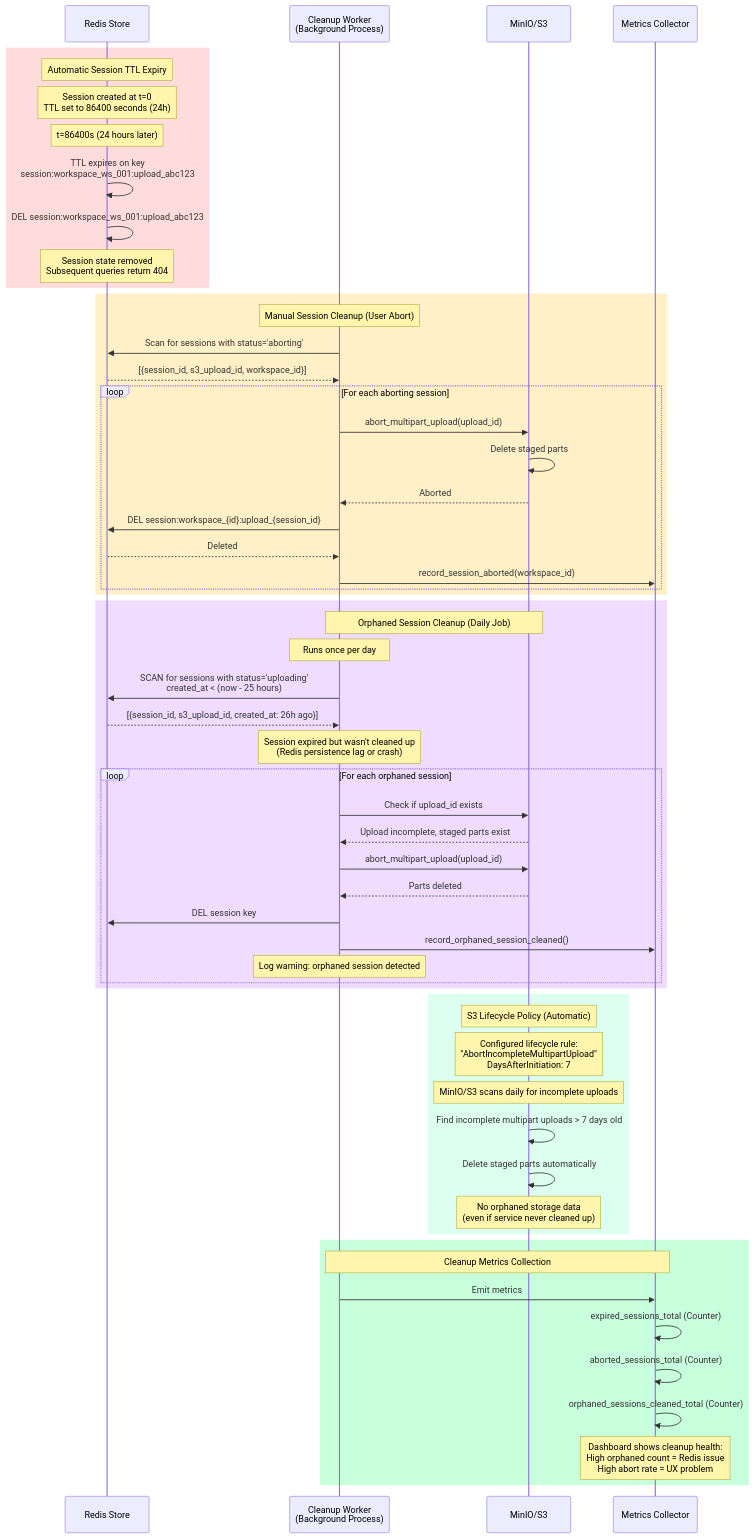
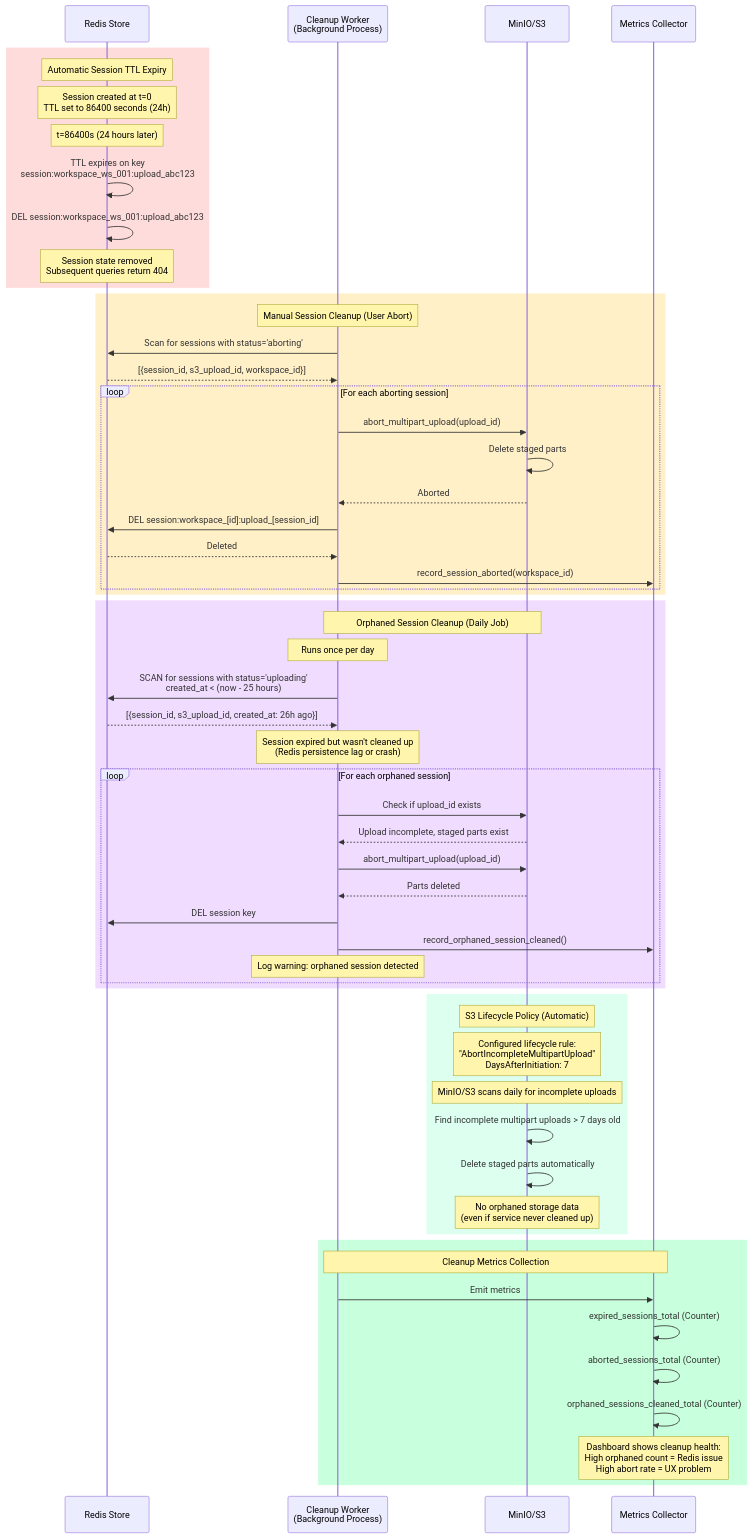
One commit to valeriu-pirtac/rag-file-uploader changed the diagram in artifacts/planning-artifacts/sequence-diagrams-additional.md. Above: the diagram before and after it, drawn with Mermaid. The commit also changed 1 other file, not shown here.

Commit message:
fix: replace curly braces with square brackets in mermaid URLs
GitHub's mermaid renderer cannot parse curly braces in URLs and path parameters.
Replaced all instances of {paramName} with [paramName] format:

- /v1/uploads/{id} → /v1/uploads/[id]
- /v1/uploads/{sessionId} → /v1/uploads/[sessionId]
- session:workspace_{id}:upload_{session_id} → session:workspace_[id]:upload_[session_id]
- {fileName} → [fileName] (in structured data contexts)

This fixes GitHub rendering of all sequence diagrams in both files.

```diff
--- a/artifacts/planning-artifacts/sequence-diagrams-additional.md
+++ b/artifacts/planning-artifacts/sequence-diagrams-additional.md
@@ -38,7 +38,7 @@
             S3->>S3: Delete staged parts
             S3-->>Cleanup: Aborted
             
-            Cleanup->>Redis: DEL session:workspace_{id}:upload_{session_id}
+            Cleanup->>Redis: DEL session:workspace_[id]:upload_[session_id]
             Redis-->>Cleanup: Deleted
             
             Cleanup->>Metrics: record_session_aborted(workspace_id)
```
